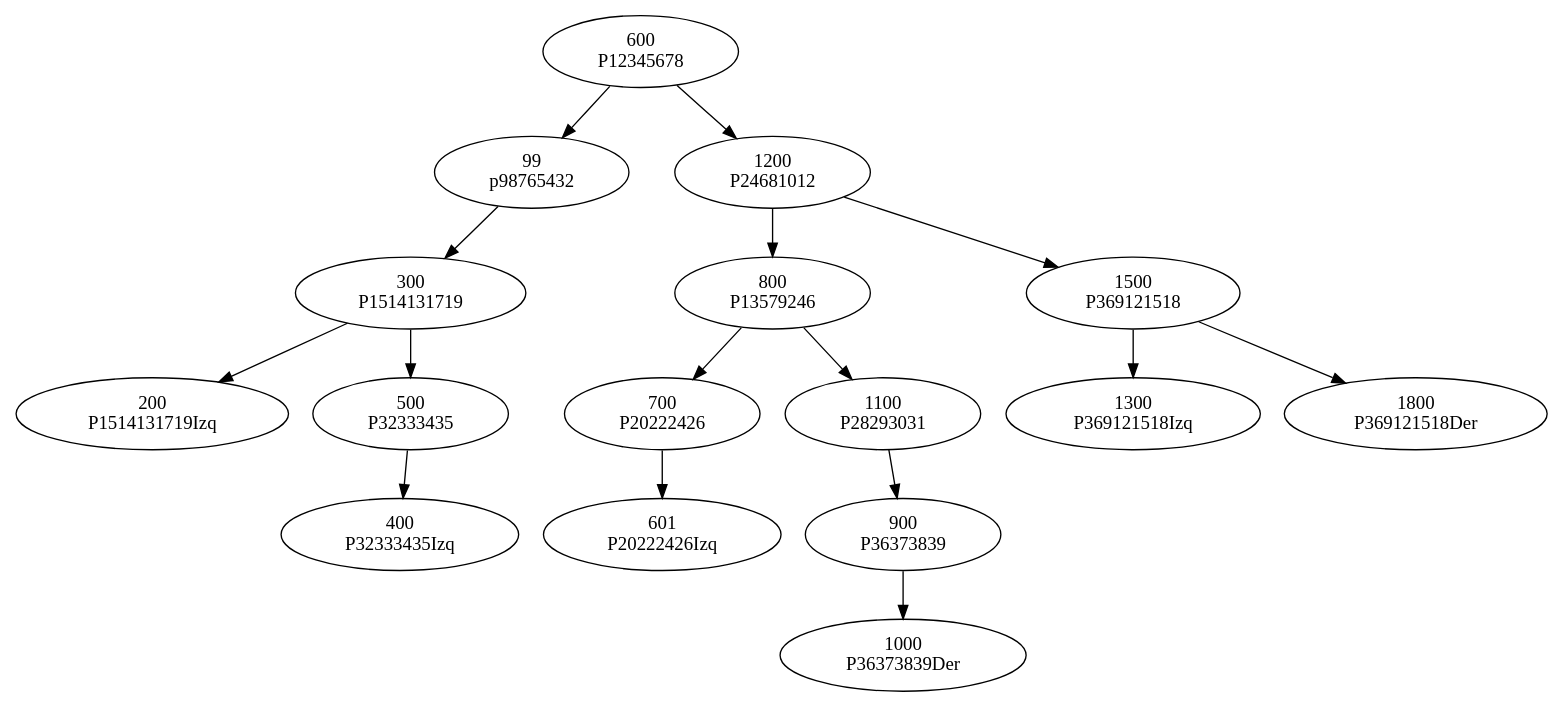
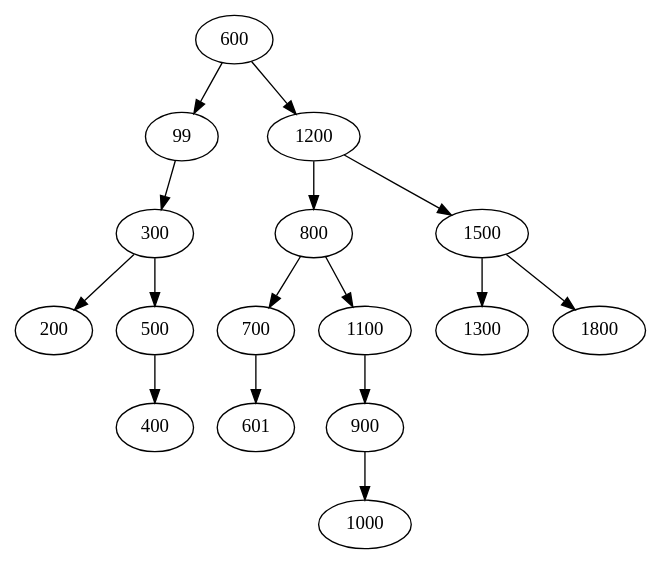
The diagram in grafica_arbol.dot (Edwinhndz/201807124_EDD_Proyecto), drawn with Graphviz before and after one commit. The commit also changed 11 other files, not shown here.

```diff
--- a/grafica_arbol.dot
+++ b/grafica_arbol.dot
@@ -1,77 +1,47 @@
 digraph G { 
-P12345678[label ="600
- P12345678"];
-P12345678->p98765432;
-p98765432[label ="99
- P12345678Izq"];
-p98765432[label ="99
- p98765432"];
-p98765432->P1514131719;
-P1514131719[label ="300
- p98765432Der"];
-P1514131719[label ="300
- P1514131719"];
+P12345678[label ="600"];
+P12345678->P98765432;
+P98765432[label ="99"];
+P98765432[label ="99"];
+P98765432->P1514131719;
+P1514131719[label ="300"];
+P1514131719[label ="300"];
 P1514131719->P44454647;
-P44454647[label ="200
- P1514131719Izq"];
-P1514131719[label ="300
- P1514131719"];
+P44454647[label ="200"];
+P1514131719[label ="300"];
 P1514131719->P32333435;
-P32333435[label ="500
- P1514131719Der"];
-P32333435[label ="500
- P32333435"];
+P32333435[label ="500"];
+P32333435[label ="500"];
 P32333435->P60616263;
-P60616263[label ="400
- P32333435Izq"];
-P12345678[label ="600
- P12345678"];
+P60616263[label ="400"];
+P12345678[label ="600"];
 P12345678->P24681012;
-P24681012[label ="1200
- P12345678Der"];
-P24681012[label ="1200
- P24681012"];
+P24681012[label ="1200"];
+P24681012[label ="1200"];
 P24681012->P13579246;
-P13579246[label ="800
- P24681012Izq"];
-P13579246[label ="800
- P13579246"];
+P13579246[label ="800"];
+P13579246[label ="800"];
 P13579246->P20222426;
-P20222426[label ="700
- P13579246Izq"];
-P20222426[label ="700
- P20222426"];
+P20222426[label ="700"];
+P20222426[label ="700"];
 P20222426->P52535455;
-P52535455[label ="601
- P20222426Izq"];
-P13579246[label ="800
- P13579246"];
+P52535455[label ="601"];
+P13579246[label ="800"];
 P13579246->P28293031;
-P28293031[label ="1100
- P13579246Der"];
-P28293031[label ="1100
- P28293031"];
+P28293031[label ="1100"];
+P28293031[label ="1100"];
 P28293031->P36373839;
-P36373839[label ="900
- P28293031Izq"];
-P36373839[label ="900
- P36373839"];
+P36373839[label ="900"];
+P36373839[label ="900"];
 P36373839->P56575859;
-P56575859[label ="1000
- P36373839Der"];
-P24681012[label ="1200
- P24681012"];
+P56575859[label ="1000"];
+P24681012[label ="1200"];
 P24681012->P369121518;
-P369121518[label ="1500
- P24681012Der"];
-P369121518[label ="1500
- P369121518"];
+P369121518[label ="1500"];
+P369121518[label ="1500"];
 P369121518->P40414243;
-P40414243[label ="1300
- P369121518Izq"];
-P369121518[label ="1500
- P369121518"];
+P40414243[label ="1300"];
+P369121518[label ="1500"];
 P369121518->P48495051;
-P48495051[label ="1800
- P369121518Der"];
+P48495051[label ="1800"];
  }
```
